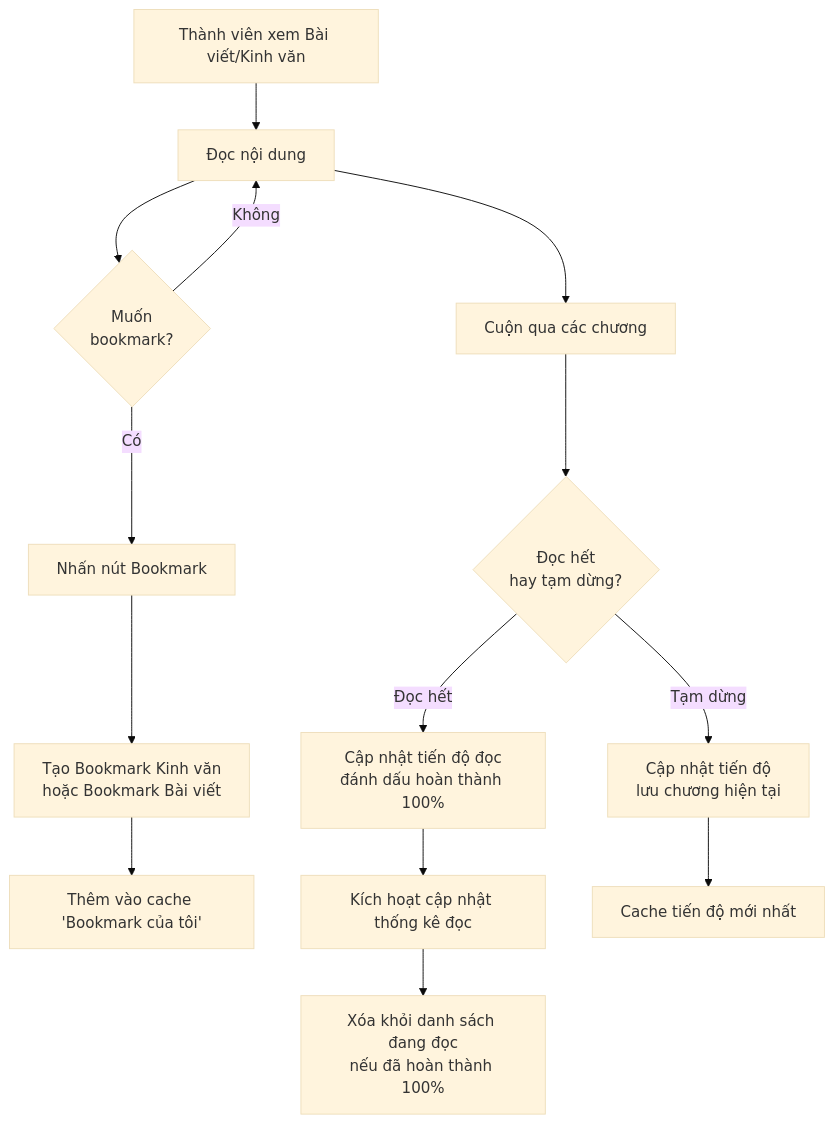
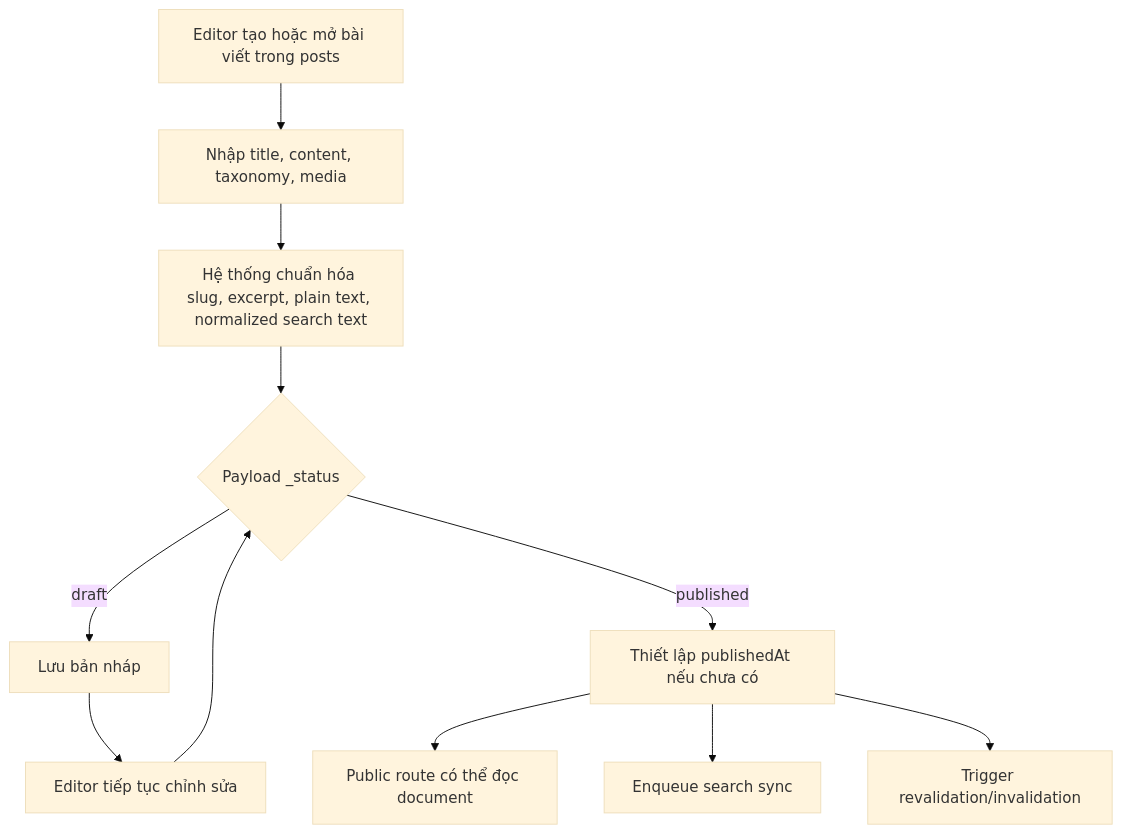
One commit to QuyenVjp/PMTL_VN changed the first of 4 diagrams in design/01-content/flows.mmd. Above: the diagram before and after it, drawn with Mermaid (base theme). The commit also changed other lines of this file and 38 other files, not shown here.

````diff
--- a/design/01-content/flows.mmd
+++ b/design/01-content/flows.mmd
@@ -30,16 +3,13 @@
 ```mermaid
 flowchart TD
-    A[Thành viên xem Bài viết/Kinh văn] --> B[Đọc nội dung]
-    B --> C{Muốn<br/>bookmark?}
-    C -->|Có| D[Nhấn nút Bookmark]
-    D --> E[Tạo Bookmark Kinh văn<br/>hoặc Bookmark Bài viết]
-    E --> F[Thêm vào cache 'Bookmark của tôi']
-    C -->|Không| B
-    B --> G[Cuộn qua các chương]
-    G --> H{Đọc hết<br/>hay tạm dừng?}
-    H -->|Đọc hết| I[Cập nhật tiến độ đọc<br/>đánh dấu hoàn thành 100%]
-    H -->|Tạm dừng| J[Cập nhật tiến độ<br/>lưu chương hiện tại]
-    I --> K[Kích hoạt cập nhật thống kê đọc]
-    J --> L[Cache tiến độ mới nhất]
-    K --> M[Xóa khỏi danh sách đang đọc<br/>nếu đã hoàn thành 100%]
+    A[Editor tạo hoặc mở bài viết trong posts] --> B[Nhập title, content, taxonomy, media]
+    B --> C[Hệ thống chuẩn hóa slug, excerpt, plain text, normalized search text]
+    C --> D{Payload _status}
+    D -->|draft| E[Lưu bản nháp]
+    D -->|published| F[Thiết lập publishedAt nếu chưa có]
+    E --> G[Editor tiếp tục chỉnh sửa]
+    G --> D
+    F --> H[Public route có thể đọc document]
+    F --> I[Enqueue search sync]
+    F --> J[Trigger revalidation/invalidation]
 ```
````
